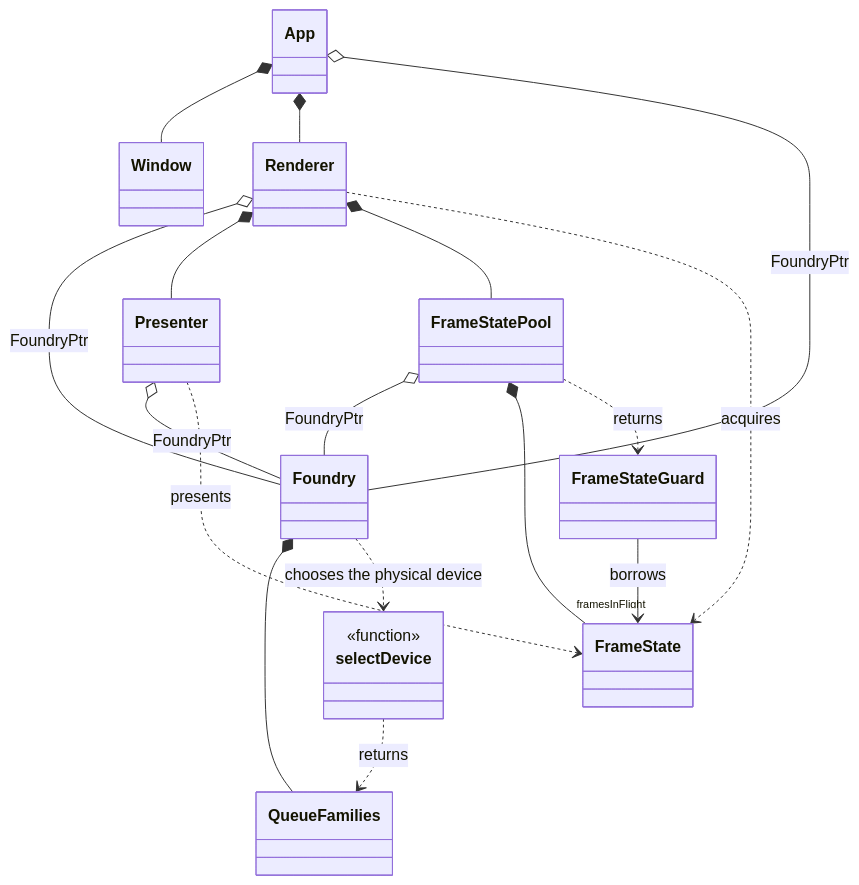
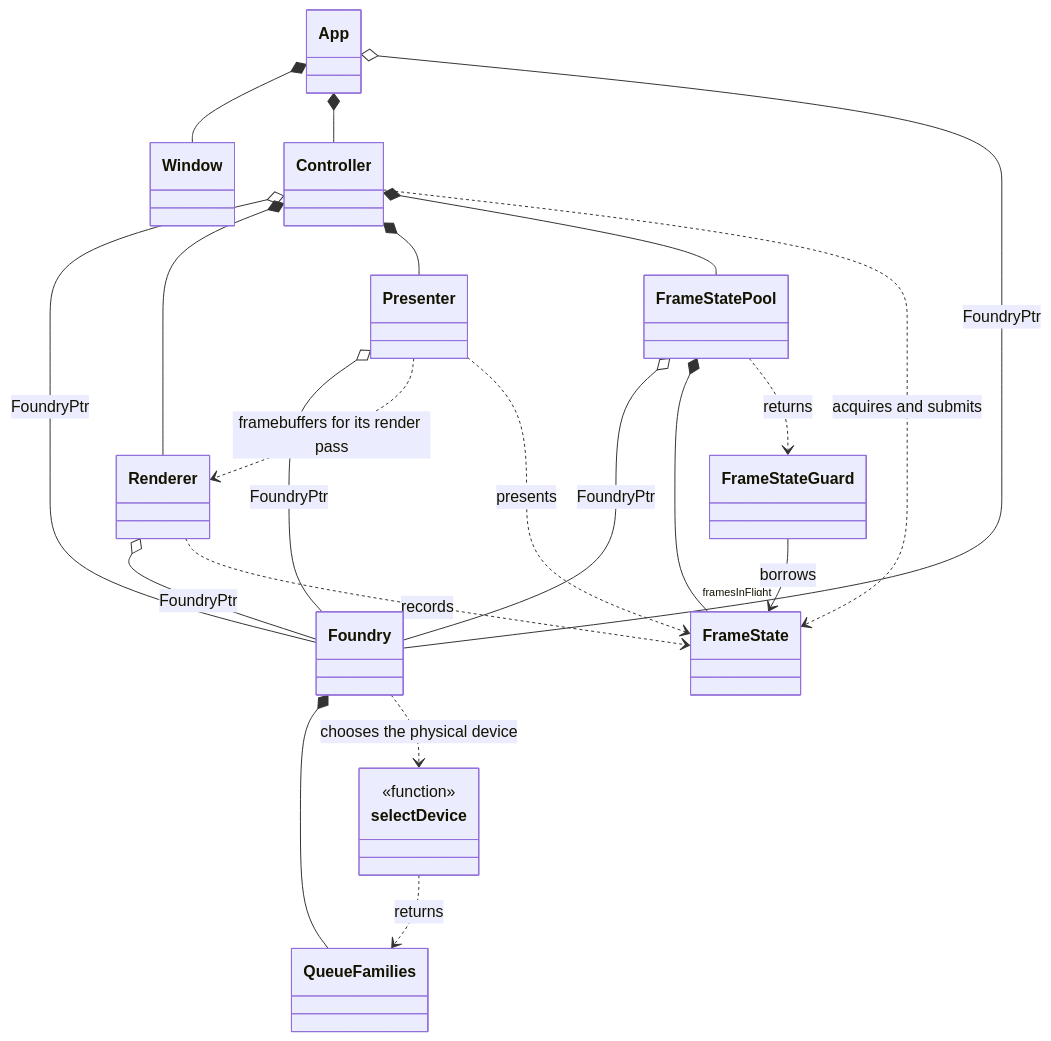
Before and after one commit to creijon/spock: the first of 2 diagrams in README.md, drawn with Mermaid. The commit also changed other lines of this file and 7 other files, not shown here.

````diff
--- a/README.md
+++ b/README.md
@@ -31,52 +32,59 @@
 ```mermaid
 classDiagram
     direction TB
 
     class App {
     }
 
     class Window {
     }
 
     class Foundry {
     }
 
     class selectDevice {
         <<function>>
     }
 
     class QueueFamilies {
     }
 
+    class Controller {
+    }
+
     class Renderer {
     }
 
     class Presenter {
     }
 
     class FrameStatePool {
     }
 
     class FrameStateGuard {
     }
 
     class FrameState {
     }
 
     App *-- Window
-    App *-- Renderer
+    App *-- Controller
     App o-- Foundry : FoundryPtr
     Foundry *-- QueueFamilies
     Foundry ..> selectDevice : chooses the physical device
     selectDevice ..> QueueFamilies : returns
+    Controller o-- Foundry : FoundryPtr
+    Controller *-- Renderer
+    Controller *-- Presenter
+    Controller *-- FrameStatePool
     Renderer o-- Foundry : FoundryPtr
-    Renderer *-- Presenter
-    Renderer *-- FrameStatePool
     Presenter o-- Foundry : FoundryPtr
+    Presenter ..> Renderer : framebuffers for its render pass
     FrameStatePool o-- Foundry : FoundryPtr
     FrameStatePool *-- "framesInFlight" FrameState
     FrameStatePool ..> FrameStateGuard : returns
     FrameStateGuard --> FrameState : borrows
-    Renderer ..> FrameState : acquires
+    Controller ..> FrameState : acquires and submits
+    Renderer ..> FrameState : records
     Presenter ..> FrameState : presents
 ```
````
